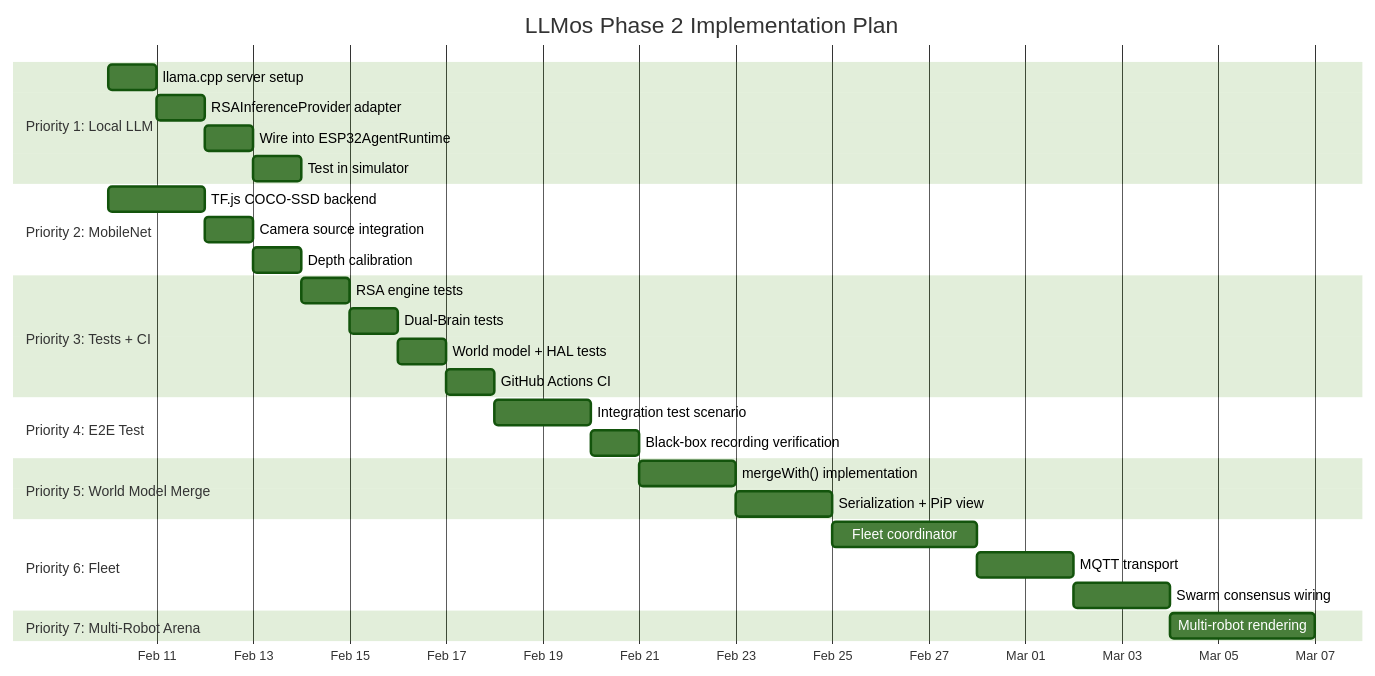
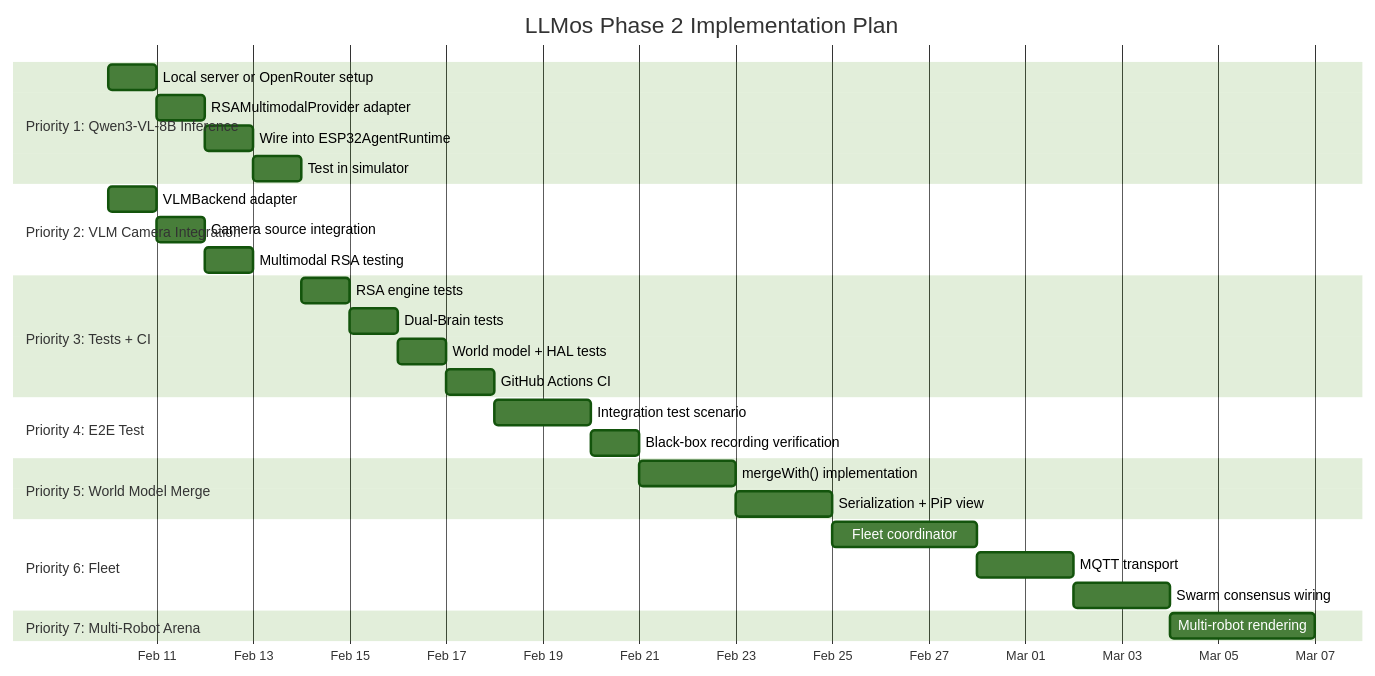
One commit to EvolvingAgentsLabs/llmos changed the fourth of 4 diagrams in NEXT-STEPS.md. Above: the diagram before and after it, drawn with Mermaid (forest theme). The commit also changed other lines of this file and 6 other files, not shown here.

First line of the commit message:
feat: Add multimodal RSA, remove fallback options, focus on Qwen3-VL-8B

````diff
--- a/NEXT-STEPS.md
+++ b/NEXT-STEPS.md
@@ -323,39 +327,39 @@
 ```mermaid
 gantt
     title LLMos Phase 2 Implementation Plan
     dateFormat YYYY-MM-DD
     axisFormat %b %d
 
-    section Priority 1: Local LLM
-        llama.cpp server setup           :p1a, 2026-02-10, 1d
-        RSAInferenceProvider adapter     :p1b, after p1a, 1d
+    section Priority 1: Qwen3-VL-8B Inference
+        Local server or OpenRouter setup :p1a, 2026-02-10, 1d
+        RSAMultimodalProvider adapter    :p1b, after p1a, 1d
         Wire into ESP32AgentRuntime      :p1c, after p1b, 1d
         Test in simulator                :p1d, after p1c, 1d
 
-    section Priority 2: MobileNet
-        TF.js COCO-SSD backend           :p2a, 2026-02-10, 2d
+    section Priority 2: VLM Camera Integration
+        VLMBackend adapter               :p2a, 2026-02-10, 1d
         Camera source integration        :p2b, after p2a, 1d
-        Depth calibration                :p2c, after p2b, 1d
+        Multimodal RSA testing           :p2c, after p2b, 1d
 
     section Priority 3: Tests + CI
         RSA engine tests                 :p3a, after p1d, 1d
         Dual-Brain tests                 :p3b, after p3a, 1d
         World model + HAL tests          :p3c, after p3b, 1d
         GitHub Actions CI                :p3d, after p3c, 1d
 
     section Priority 4: E2E Test
         Integration test scenario        :p4a, after p3d, 2d
         Black-box recording verification :p4b, after p4a, 1d
 
     section Priority 5: World Model Merge
         mergeWith() implementation       :p5a, after p4b, 2d
         Serialization + PiP view         :p5b, after p5a, 2d
 
     section Priority 6: Fleet
         Fleet coordinator                :p6a, after p5b, 3d
         MQTT transport                   :p6b, after p6a, 2d
         Swarm consensus wiring           :p6c, after p6b, 2d
 
     section Priority 7: Multi-Robot Arena
         Multi-robot rendering            :p7a, after p6c, 3d
 ```
````
